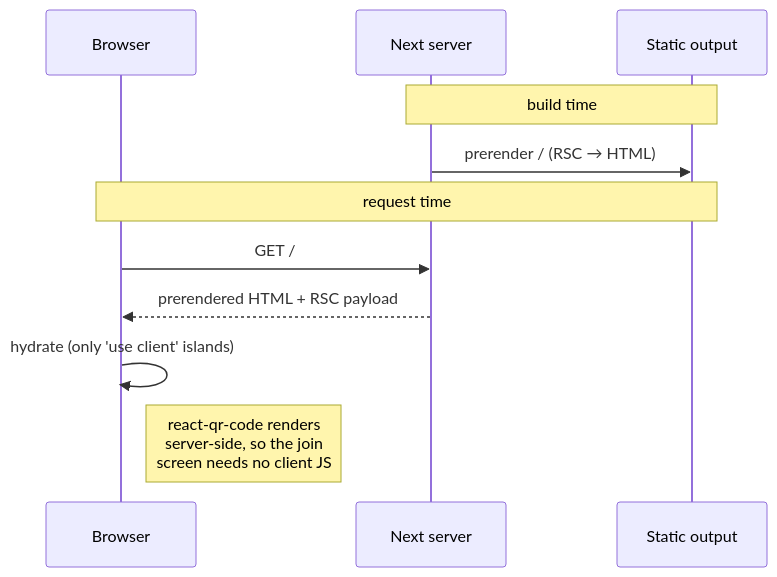
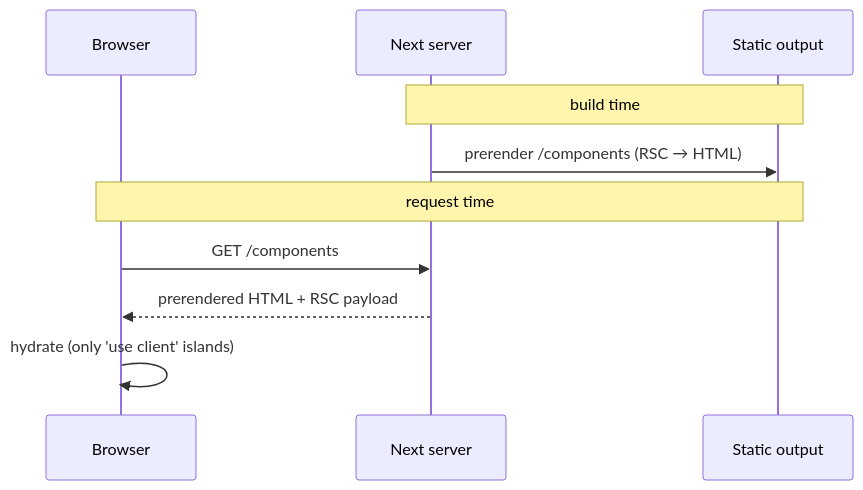
Before and after one commit to Jmeza081/captionist: the sixth of 8 diagrams in docs/architecture.md, drawn with Mermaid. The commit also changed other lines of this file and 53 other files, not shown here.

````diff
--- a/docs/architecture.md
+++ b/docs/architecture.md
@@ -425,15 +496,14 @@
 ```mermaid
 sequenceDiagram
   participant B as Browser
   participant N as Next server
   participant S as Static output
 
   Note over N,S: build time
-  N->>S: prerender / (RSC → HTML)
+  N->>S: prerender /components (RSC → HTML)
 
   Note over B,S: request time
-  B->>N: GET /
+  B->>N: GET /components
   N-->>B: prerendered HTML + RSC payload
   B->>B: hydrate (only 'use client' islands)
-  Note right of B: react-qr-code renders<br/>server-side, so the join<br/>screen needs no client JS
 ```
````
